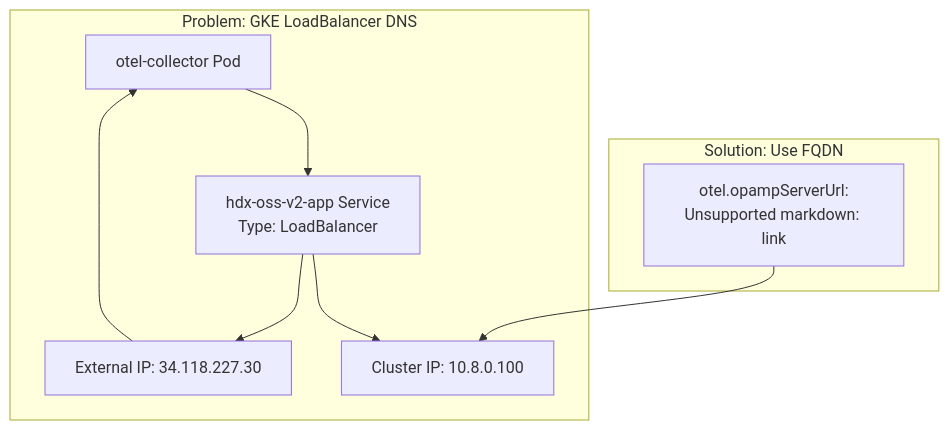
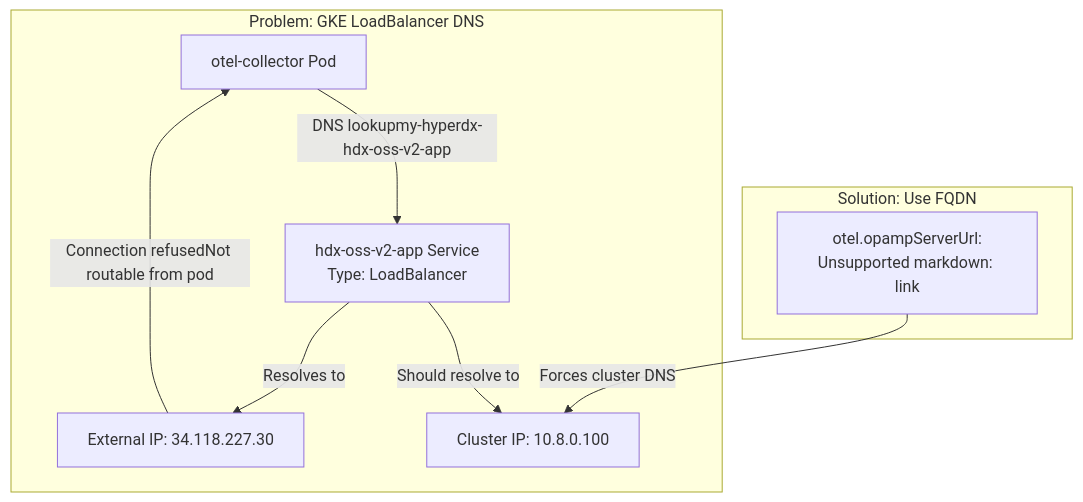
The second of 7 diagrams in docs/hyperdxio-helm-charts-docs/Cloud-Provider-Specific-Configurations.md (openchoreo/openchoreo), drawn with Mermaid before and after one commit. The commit also changed other lines of this file and 85 other files, not shown here.

Commit message:
feat: Add new workflow and specification templates, update Helm chart dependencies, and clarify documentation diagrams.

````diff
--- a/docs/hyperdxio-helm-charts-docs/Cloud-Provider-Specific-Configurations.md
+++ b/docs/hyperdxio-helm-charts-docs/Cloud-Provider-Specific-Configurations.md
@@ -81,26 +81,26 @@
 ```mermaid
 flowchart TD
 
 OTELPod["otel-collector Pod"]
 AppService["hdx-oss-v2-app Service<br>Type: LoadBalancer"]
 ExternalIP["External IP: 34.118.227.30"]
 InternalIP["Cluster IP: 10.8.0.100"]
 FQDN["otel.opampServerUrl:<br>Unsupported markdown: link"]
 
-FQDN --> InternalIP
+FQDN -->|"Forces cluster DNS"| InternalIP
 
 subgraph subGraph1 ["Solution: Use FQDN"]
     FQDN
 end
 
 subgraph subGraph0 ["Problem: GKE LoadBalancer DNS"]
     OTELPod
     AppService
     ExternalIP
     InternalIP
-    OTELPod --> AppService
-    AppService --> ExternalIP
-    AppService --> InternalIP
-    ExternalIP --> OTELPod
+    OTELPod -->|"DNS lookupmy-hyperdx-hdx-oss-v2-app"| AppService
+    AppService -->|"Resolves to"| ExternalIP
+    AppService -->|"Should resolve to"| InternalIP
+    ExternalIP -->|"Connection refusedNot routable from pod"| OTELPod
 end
 ```
````
